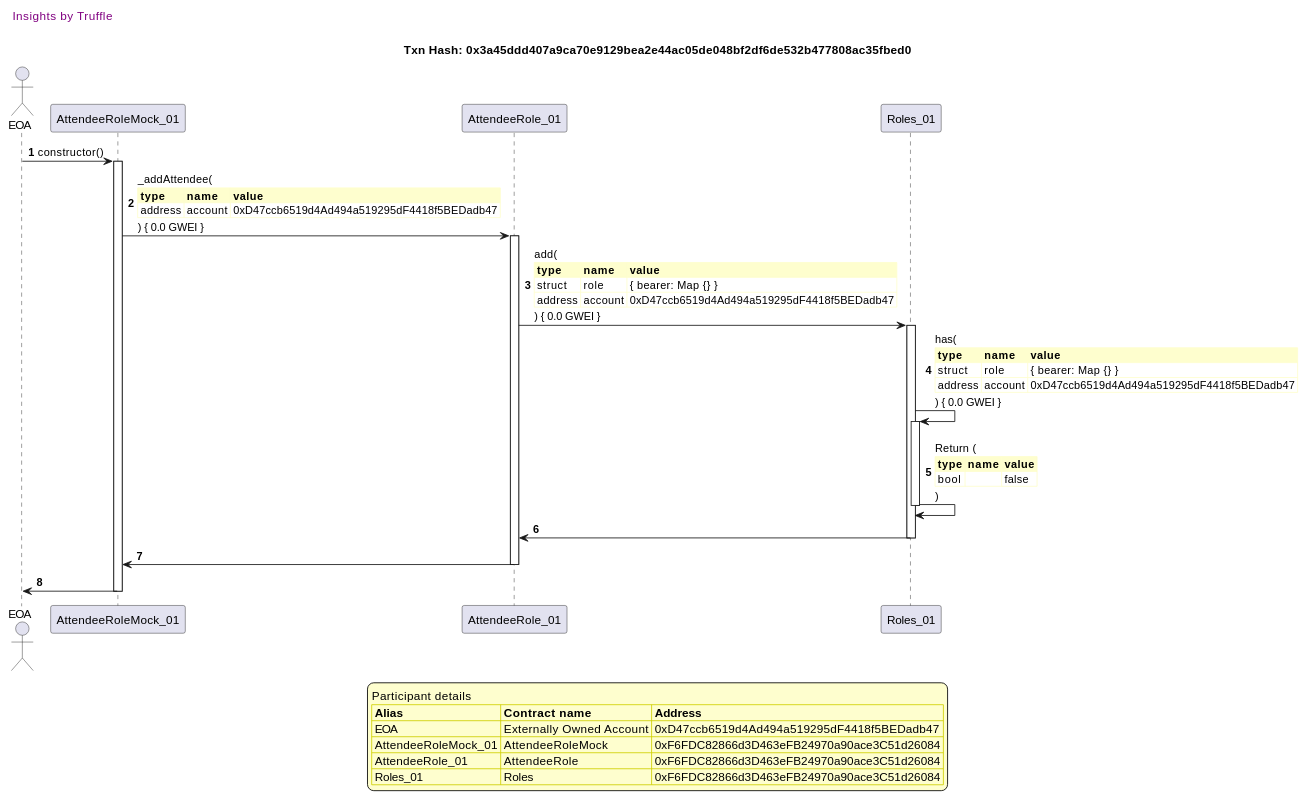
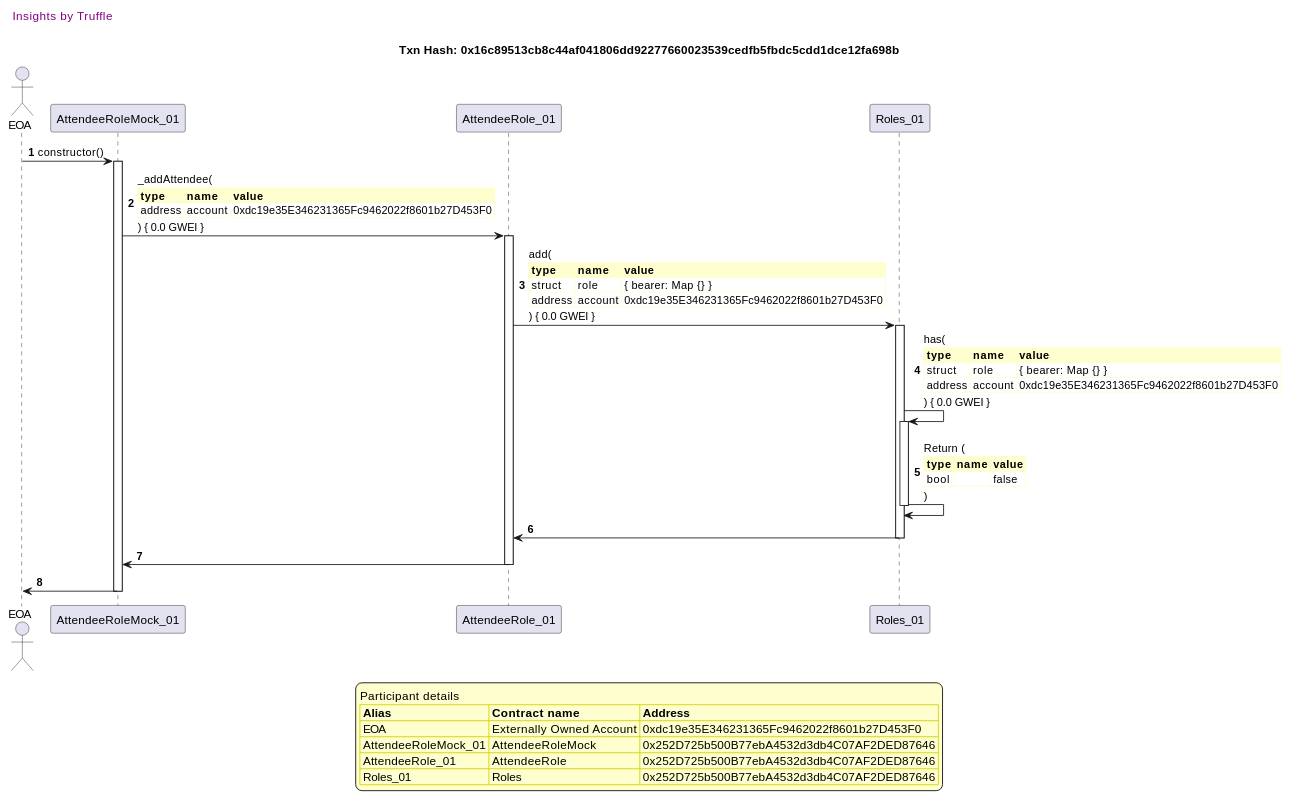
Before and after one commit to fodisi/hackapay: the seventh of 41 diagrams in truffle-seq/roles_attendeerole.md, drawn with PlantUML. The commit also changed other lines of this file and 10 other files, not shown here.

````diff
--- a/truffle-seq/roles_attendeerole.md
+++ b/truffle-seq/roles_attendeerole.md
@@ -490,61 +490,61 @@
 ```plantuml
 
 
 @startuml
 
 autonumber
 skinparam legendBackgroundColor #FEFECE
 
 <style>
       header {
         HorizontalAlignment left
         FontColor purple
         FontSize 14
         Padding 10
       }
     </style>
 
 header Insights by Truffle
 
-title Txn Hash: 0x3a45ddd407a9ca70e9129bea2e44ac05de048bf2df6de532b477808ac35fbed0
+title Txn Hash: 0x16c89513cb8c44af041806dd92277660023539cedfb5fbdc5cdd1dce12fa698b
 
 
 actor EOA as "EOA"
 participant AttendeeRoleMock_01 as "AttendeeRoleMock_01"
 participant AttendeeRole_01 as "AttendeeRole_01"
 participant Roles_01 as "Roles_01"
 
 "EOA" -> "AttendeeRoleMock_01" ++: constructor()
 "AttendeeRoleMock_01" -> "AttendeeRole_01" ++: _addAttendee(\n\
 <#FEFECE,#FEFECE>|= type |= name |= value |\n\
-| address | account | 0xD47ccb6519d4Ad494a519295dF4418f5BEDadb47 |\n\
+| address | account | 0xdc19e35E346231365Fc9462022f8601b27D453F0 |\n\
 ) { 0.0 GWEI }
 "AttendeeRole_01" -> "Roles_01" ++: add(\n\
 <#FEFECE,#FEFECE>|= type |= name |= value |\n\
 | struct | role | { bearer: Map {} } |\n\
-| address | account | 0xD47ccb6519d4Ad494a519295dF4418f5BEDadb47 |\n\
+| address | account | 0xdc19e35E346231365Fc9462022f8601b27D453F0 |\n\
 ) { 0.0 GWEI }
 "Roles_01" -> "Roles_01" ++: has(\n\
 <#FEFECE,#FEFECE>|= type |= name |= value |\n\
 | struct | role | { bearer: Map {} } |\n\
-| address | account | 0xD47ccb6519d4Ad494a519295dF4418f5BEDadb47 |\n\
+| address | account | 0xdc19e35E346231365Fc9462022f8601b27D453F0 |\n\
 ) { 0.0 GWEI }
 "Roles_01" -> "Roles_01" --: Return (\n\
 <#FEFECE,#FEFECE>|= type |= name |= value |\n\
 | bool |  | false |\n\
 )
 "Roles_01" -> "AttendeeRole_01" --: 
 "AttendeeRole_01" -> "AttendeeRoleMock_01" --: 
 "AttendeeRoleMock_01" -> "EOA" --: 
 
 legend
 Participant details
 <#FEFECE,#D0D000>|= Alias |= Contract name |= Address |
-<#FEFECE>| EOA | Externally Owned Account | 0xD47ccb6519d4Ad494a519295dF4418f5BEDadb47 |
-<#FEFECE>| AttendeeRoleMock_01 | AttendeeRoleMock | 0xF6FDC82866d3D463eFB24970a90ace3C51d26084 |
-<#FEFECE>| AttendeeRole_01 | AttendeeRole | 0xF6FDC82866d3D463eFB24970a90ace3C51d26084 |
-<#FEFECE>| Roles_01 | Roles | 0xF6FDC82866d3D463eFB24970a90ace3C51d26084 |
+<#FEFECE>| EOA | Externally Owned Account | 0xdc19e35E346231365Fc9462022f8601b27D453F0 |
+<#FEFECE>| AttendeeRoleMock_01 | AttendeeRoleMock | 0x252D725b500B77ebA4532d3db4C07AF2DED87646 |
+<#FEFECE>| AttendeeRole_01 | AttendeeRole | 0x252D725b500B77ebA4532d3db4C07AF2DED87646 |
+<#FEFECE>| Roles_01 | Roles | 0x252D725b500B77ebA4532d3db4C07AF2DED87646 |
 endlegend
 
 @enduml
 ```
````
